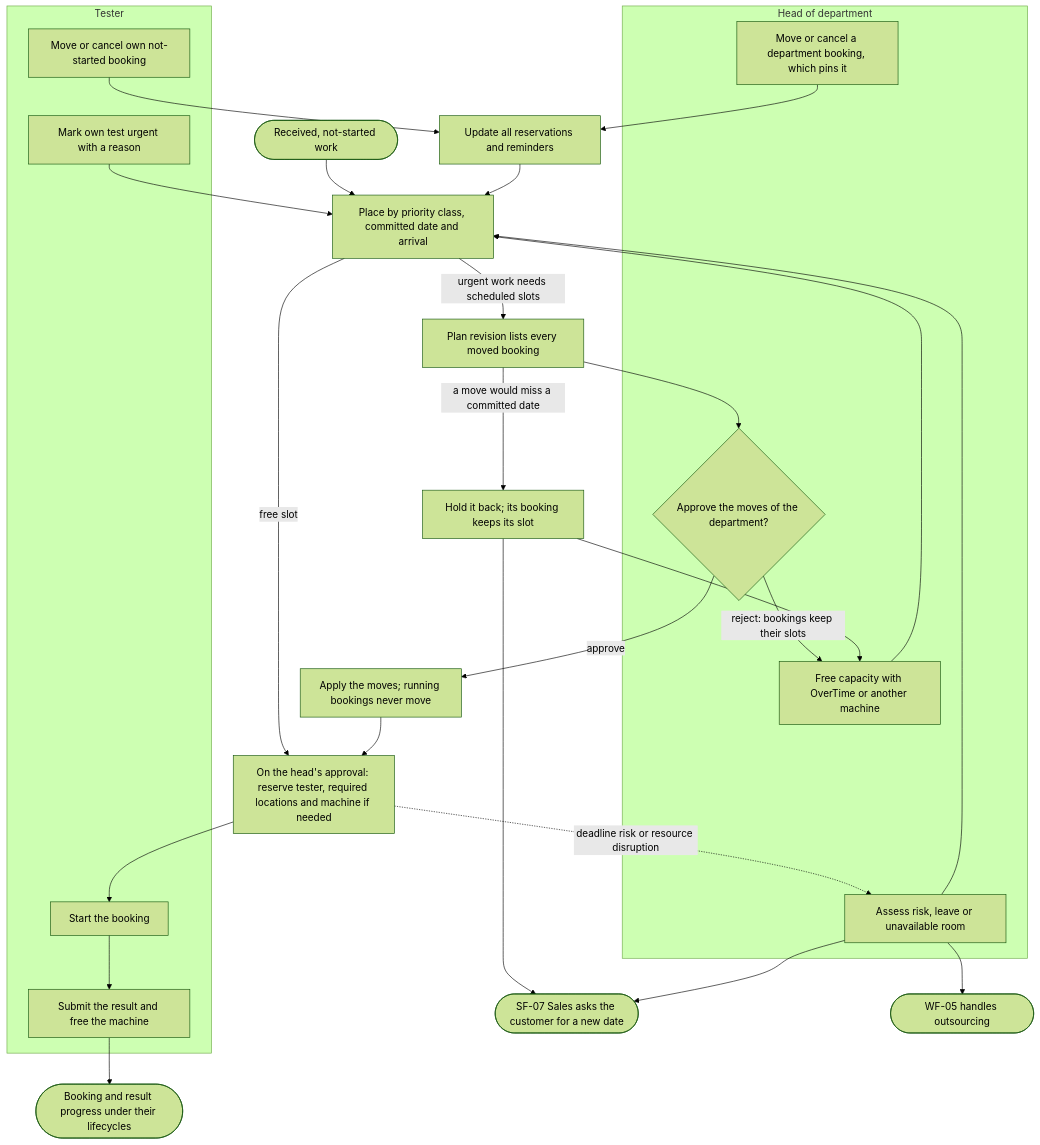
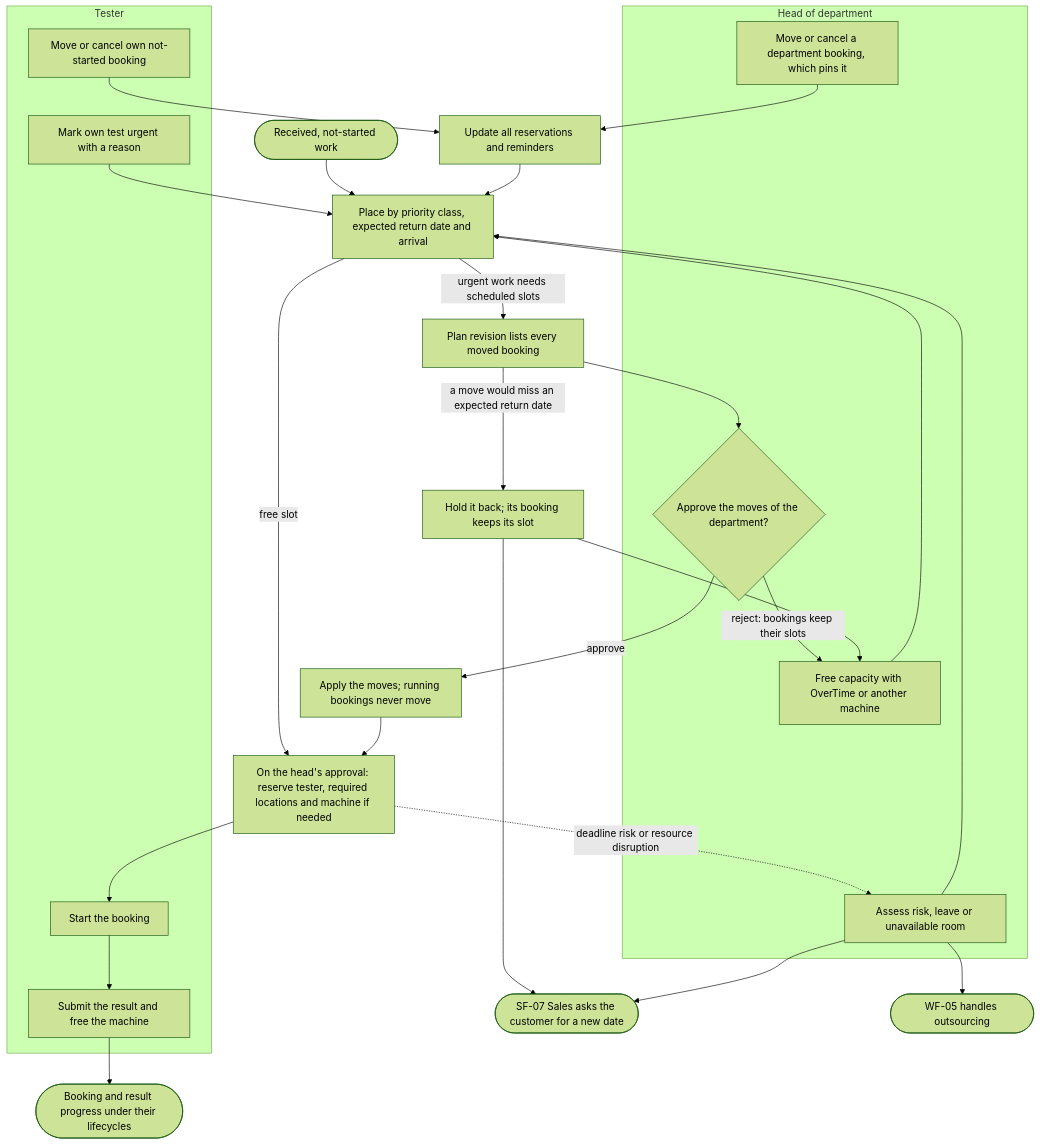
Before and after one commit to SoltuneMontepre/medilab: diagram 16 of 17 in docs/functional/business-flows.md, drawn with Mermaid (forest theme). The commit also changed other lines of this file and 17 other files, not shown here.

Commit message:
[docs] Describe the Send quotation dialog and the expected return date

````diff
--- a/docs/functional/business-flows.md
+++ b/docs/functional/business-flows.md
@@ -758,32 +758,32 @@
 ```mermaid
 flowchart TD
     subgraph lane64 ["Tester"]
         t1[Start the booking] --> t2[Submit the result and free the machine]
         t3[Move or cancel own not-started booking]
         t4[Mark own test urgent with a reason]
     end
     subgraph lane65 ["Head of department"]
         h1[Move or cancel a department booking, which pins it]
         h2{Approve the moves of the department?}
         h4[Assess risk, leave or unavailable room]
         h5[Free capacity with OverTime or another machine]
     end
-    q([Received, not-started work]) --> slot[Place by priority class, committed date and arrival]
+    q([Received, not-started work]) --> slot[Place by priority class, expected return date and arrival]
     slot -->|free slot| schedule[On the head's approval: reserve tester, required locations and machine if needed]
     schedule --> t1
     t2 --> done([Booking and result progress under their lifecycles])
     t3 --> sync[Update all reservations and reminders] --> slot
     h1 --> sync
     t4 --> slot
     slot -->|urgent work needs scheduled slots| revision[Plan revision lists every moved booking]
     revision --> h2
     h2 -->|approve| apply[Apply the moves; running bookings never move] --> schedule
     h2 -->|reject: bookings keep their slots| h5
-    revision -->|a move would miss a committed date| held[Hold it back; its booking keeps its slot]
+    revision -->|a move would miss an expected return date| held[Hold it back; its booking keeps its slot]
     held --> date([SF-07 Sales asks the customer for a new date])
     held --> h5 --> slot
     schedule -.->|deadline risk or resource disruption| h4
     h4 --> slot
     h4 --> date
     h4 --> outsource([WF-05 handles outsourcing])
 ```
````
